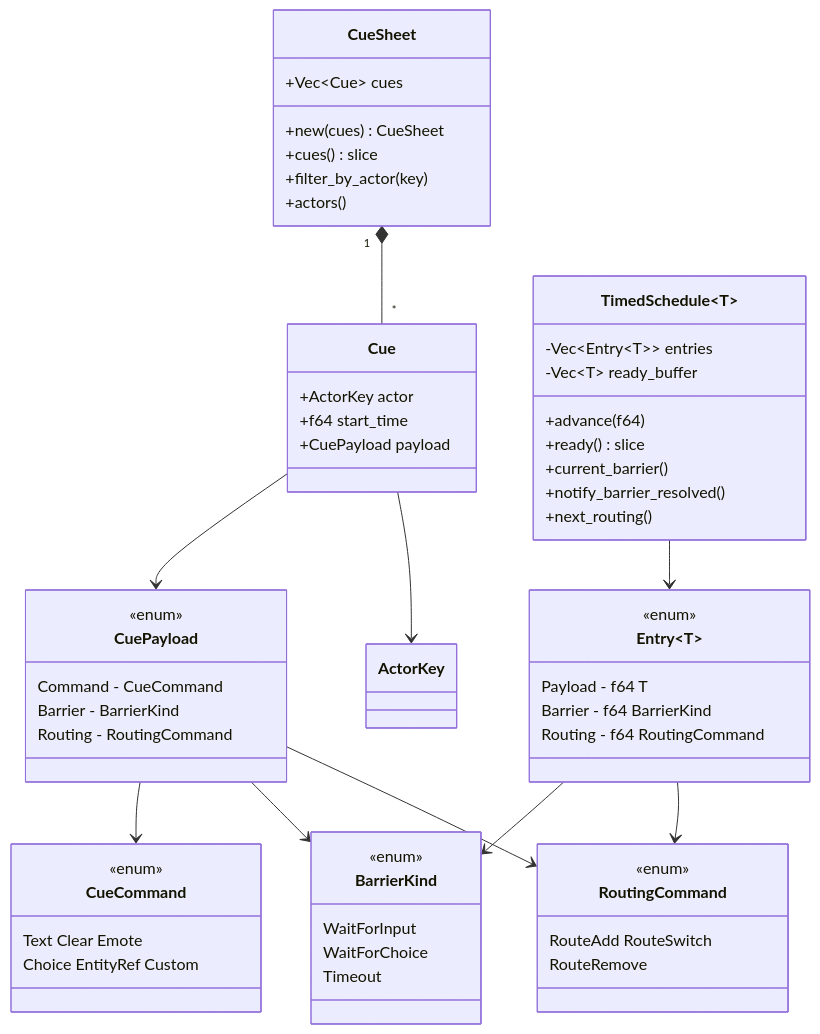
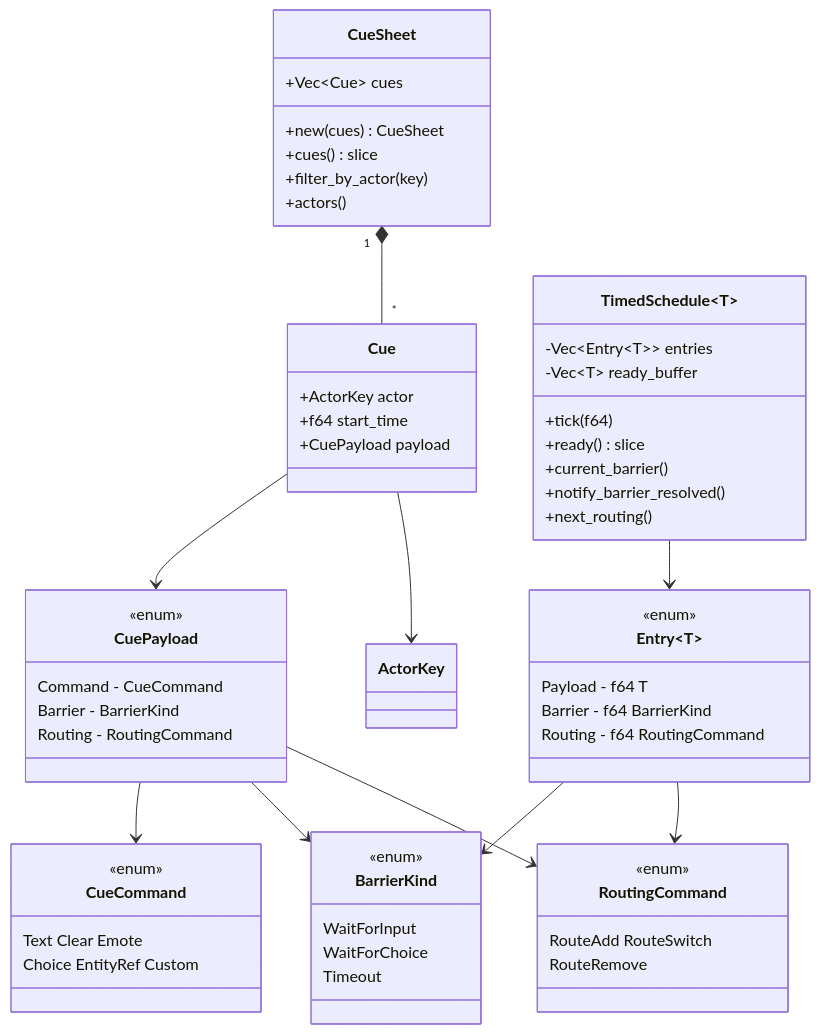
One commit to ekicyou/areka changed the fifth of 6 diagrams in .kiro/specs/wintf-P0-dola-boundary/design.md. Above: the diagram before and after it, drawn with Mermaid. The commit also changed other lines of this file and 3 other files, not shown here.

First line of the commit message:
design(dola-boundary): rename advance() -> tick() for API symmetry

````diff
--- a/.kiro/specs/wintf-P0-dola-boundary/design.md
+++ b/.kiro/specs/wintf-P0-dola-boundary/design.md
@@ -698,69 +698,69 @@
 ```mermaid
 classDiagram
     class CueSheet {
         +Vec~Cue~ cues
         +new(cues) CueSheet
         +cues() slice
         +filter_by_actor(key)
         +actors()
     }
 
     class Cue {
         +ActorKey actor
         +f64 start_time
         +CuePayload payload
     }
 
     class CuePayload {
         <<enum>>
         Command - CueCommand
         Barrier - BarrierKind
         Routing - RoutingCommand
     }
 
     class CueCommand {
         <<enum>>
         Text Clear Emote
         Choice EntityRef Custom
     }
 
     class RoutingCommand {
         <<enum>>
         RouteAdd RouteSwitch
         RouteRemove
     }
 
     class TimedSchedule~T~ {
         -Vec~Entry~T~~ entries
         -Vec~T~ ready_buffer
-        +advance(f64)
+        +tick(f64)
         +ready() slice
         +current_barrier()
         +notify_barrier_resolved()
         +next_routing()
     }
 
     class Entry~T~ {
         <<enum>>
         Payload - f64 T
         Barrier - f64 BarrierKind
         Routing - f64 RoutingCommand
     }
 
     class BarrierKind {
         <<enum>>
         WaitForInput
         WaitForChoice
         Timeout
     }
 
     CueSheet "1" *-- "*" Cue
     Cue --> CuePayload
     Cue --> ActorKey
     CuePayload --> CueCommand
     CuePayload --> BarrierKind
     CuePayload --> RoutingCommand
     TimedSchedule --> Entry
     Entry --> BarrierKind
     Entry --> RoutingCommand
 ```
````
